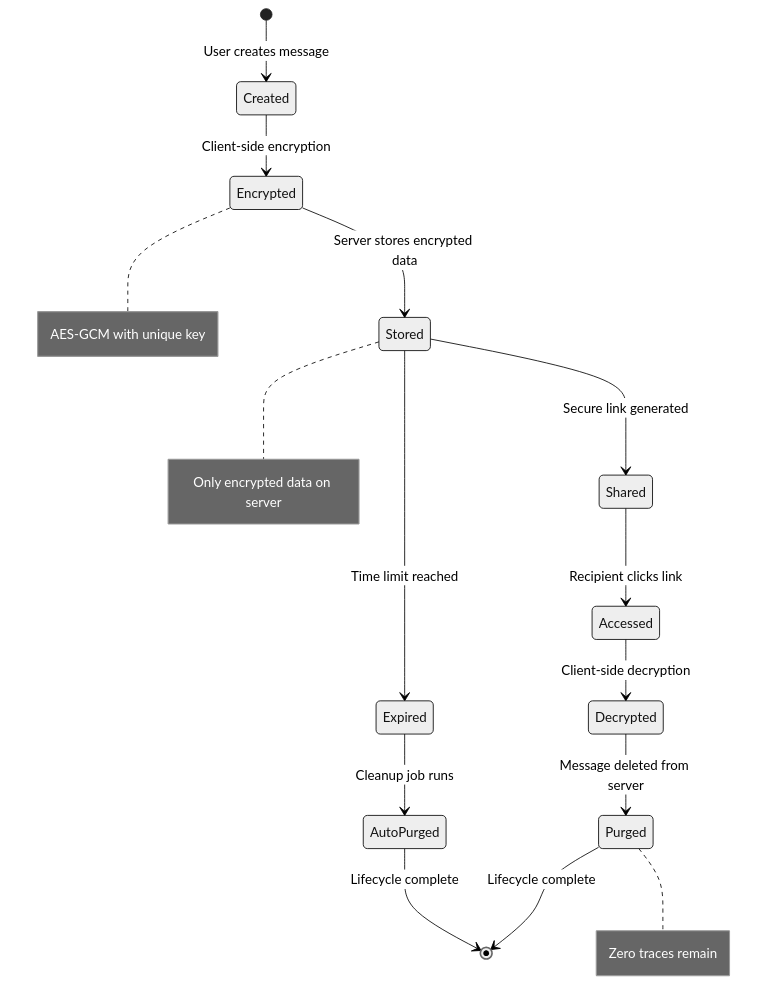
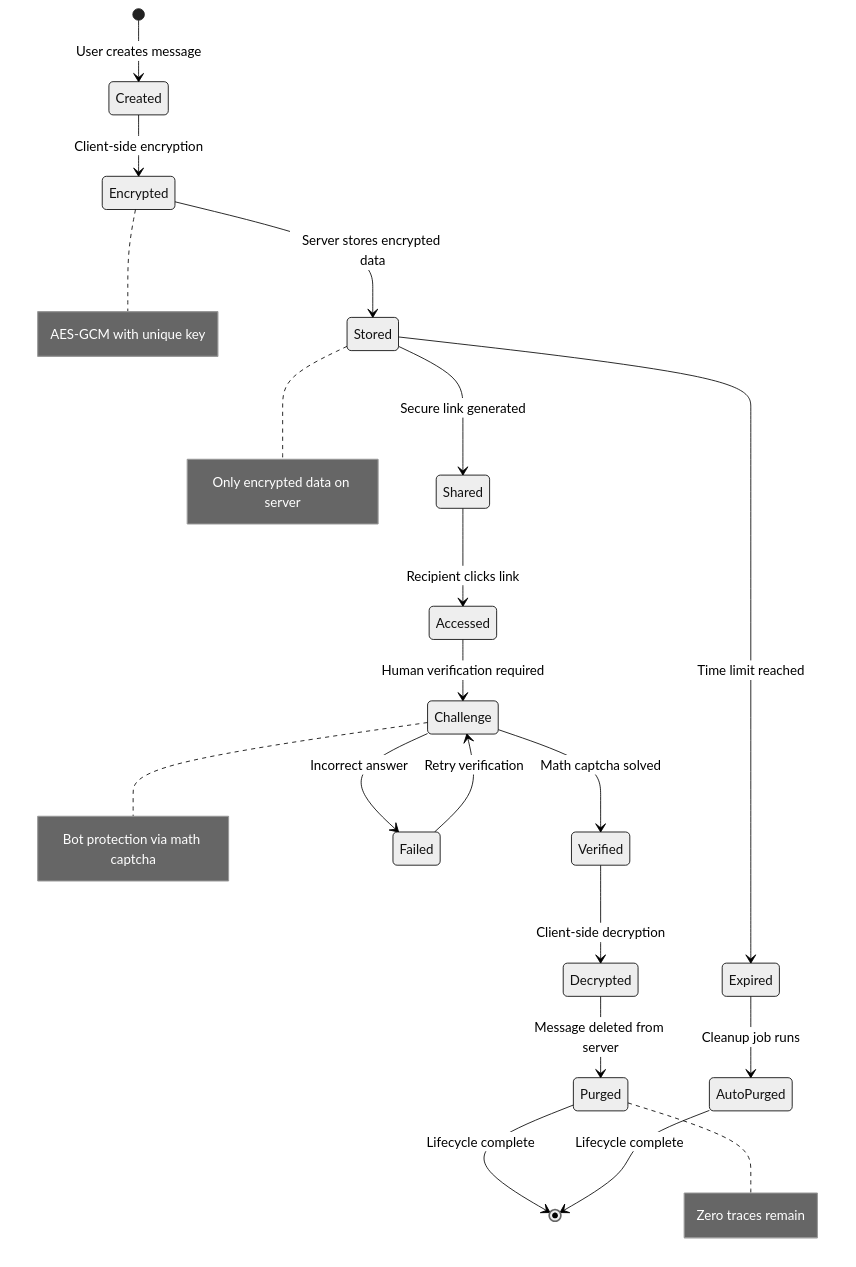
The fifth of 5 diagrams in README.md (johanns/Celox), drawn with Mermaid (neutral theme) before and after one commit. The commit also changed other lines of this file and 1 other file, not shown here.

Commit message:
doc: add detailed breakdown of app and its architecture

````diff
--- a/README.md
+++ b/README.md
@@ -274,19 +313,25 @@
 ```mermaid
 stateDiagram-v2
     [*] --> Created: User creates message
     Created --> Encrypted: Client-side encryption
     Encrypted --> Stored: Server stores encrypted data
     Stored --> Shared: Secure link generated
     Shared --> Accessed: Recipient clicks link
-    Accessed --> Decrypted: Client-side decryption
+    Accessed --> Challenge: Human verification required
+    Challenge --> Verified: Math captcha solved
+    Verified --> Decrypted: Client-side decryption
     Decrypted --> Purged: Message deleted from server
     Purged --> [*]: Lifecycle complete
+
+    Challenge --> Failed: Incorrect answer
+    Failed --> Challenge: Retry verification
 
     Stored --> Expired: Time limit reached
     Expired --> AutoPurged: Cleanup job runs
     AutoPurged --> [*]: Lifecycle complete
 
     note right of Encrypted: AES-GCM with unique key
     note right of Stored: Only encrypted data on server
+    note right of Challenge: Bot protection via math captcha
     note right of Purged: Zero traces remain
 ```
````
